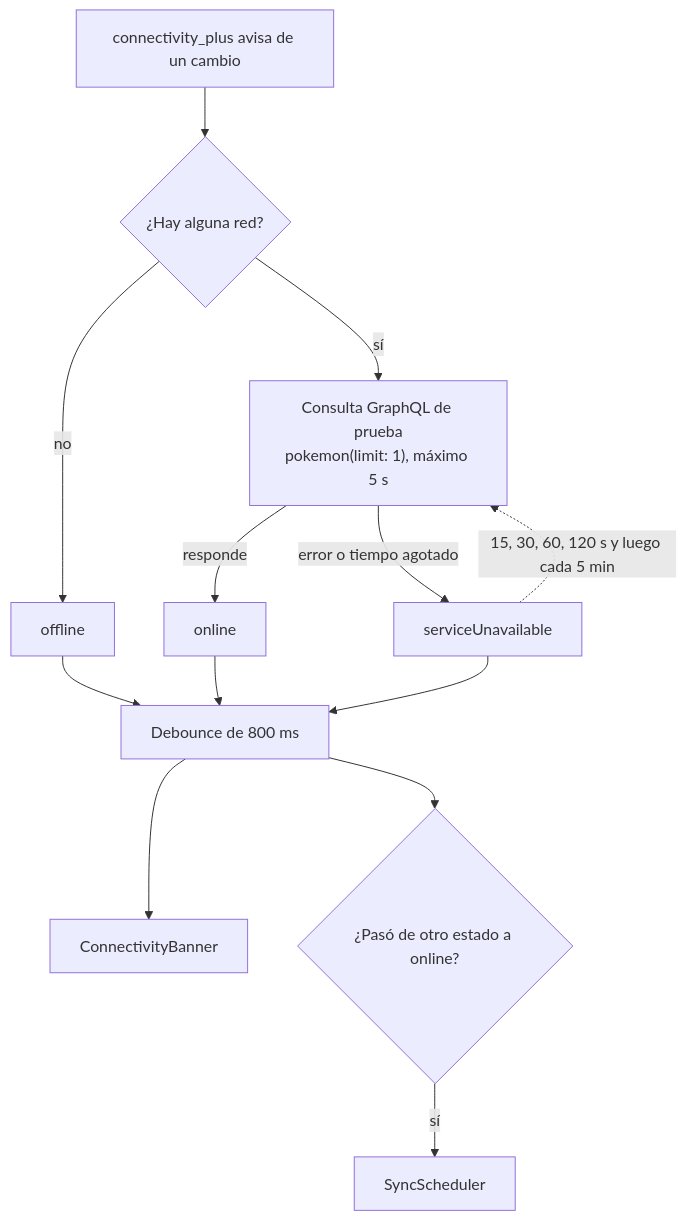
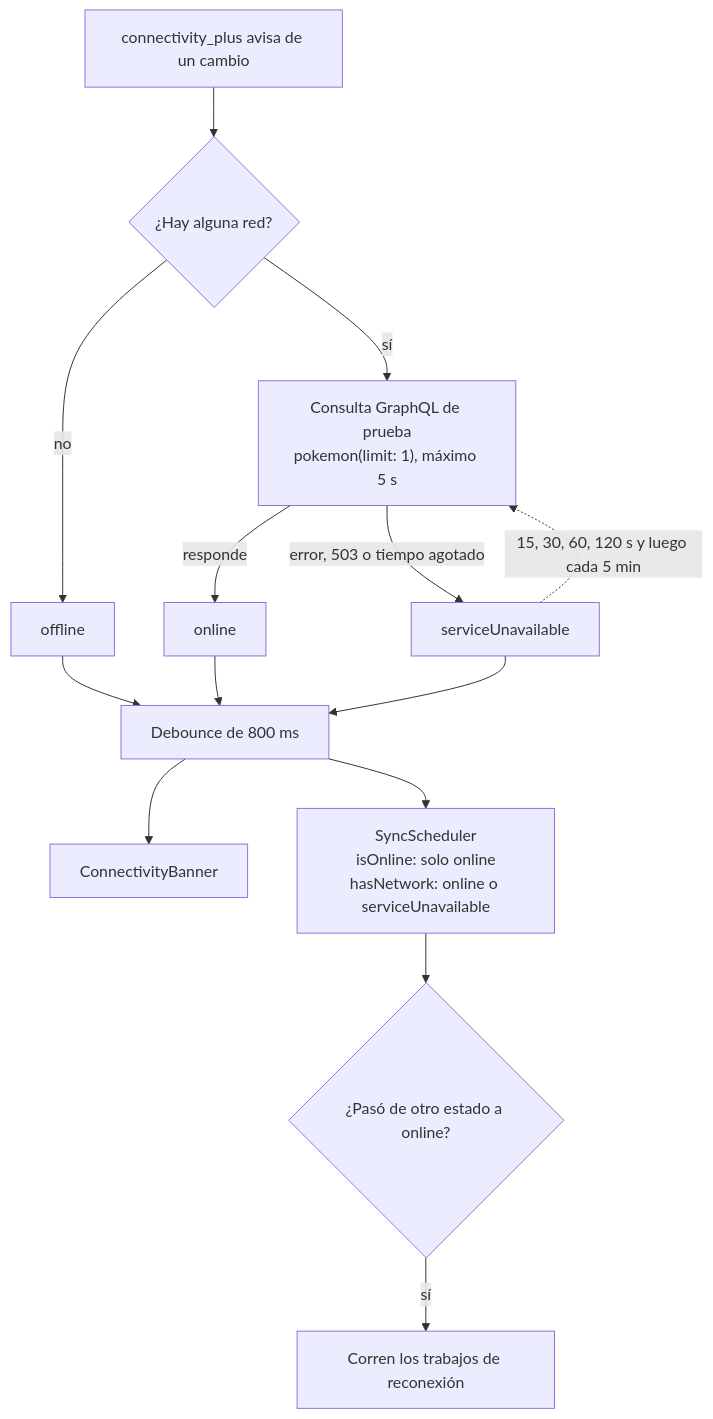
The eighth of 13 diagrams in docs/arquitectura.md (JoseHidalgoG/pokedex-flutter), drawn with Mermaid before and after one commit. The commit also changed other lines of this file, not shown here.

````diff
--- a/docs/arquitectura.md
+++ b/docs/arquitectura.md
@@ -326,15 +416,16 @@
 ```mermaid
 flowchart TD
   Change[connectivity_plus avisa de un cambio] --> Network{¿Hay alguna red?}
   Network -- no --> Offline[offline]
   Network -- sí --> Health["Consulta GraphQL de prueba<br/>pokemon(limit: 1), máximo 5 s"]
   Health -- responde --> Online[online]
-  Health -- error o tiempo agotado --> Unavailable[serviceUnavailable]
+  Health -- error, 503 o tiempo agotado --> Unavailable[serviceUnavailable]
   Unavailable -.->|15, 30, 60, 120 s y luego cada 5 min| Health
   Offline --> Debounce[Debounce de 800 ms]
   Online --> Debounce
   Unavailable --> Debounce
   Debounce --> Banner[ConnectivityBanner]
-  Debounce --> Transition{¿Pasó de otro estado a online?}
-  Transition -- sí --> Scheduler[SyncScheduler]
+  Debounce --> Scheduler["SyncScheduler<br/>isOnline: solo online<br/>hasNetwork: online o serviceUnavailable"]
+  Scheduler --> Transition{¿Pasó de otro estado a online?}
+  Transition -- sí --> Reconnect[Corren los trabajos de reconexión]
 ```
````
